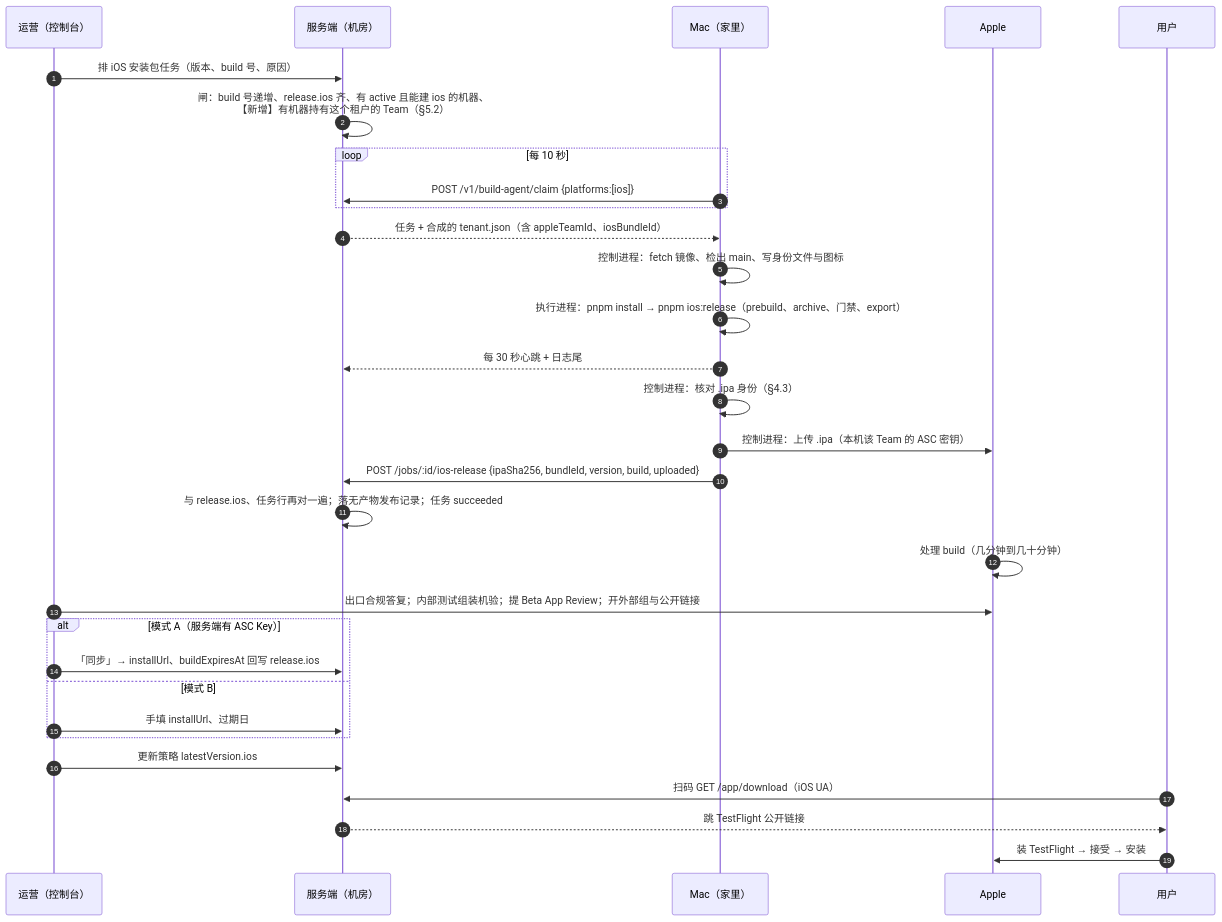
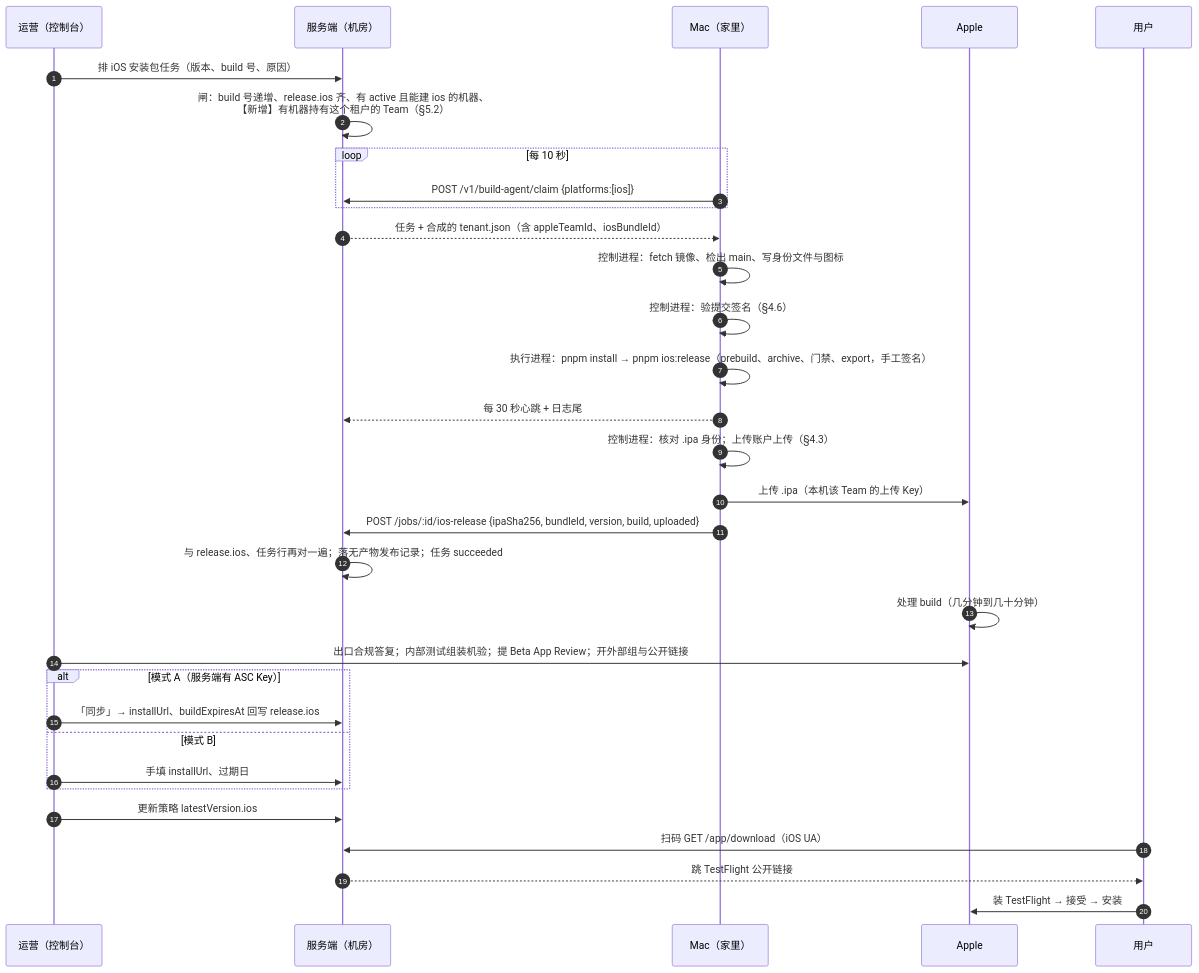
The second of 2 diagrams in docs/design/ios-mac-builders-home-network-2026-09-18.md (Helix2010/RN-Server), drawn with Mermaid before and after one commit. The commit also changed other lines of this file, not shown here.

Commit message:
docs(design): 按三路对抗评审修订——手工签名、上传账户、提交验签、launchd 与自升级重写、评审记录

````diff
--- a/docs/design/ios-mac-builders-home-network-2026-09-18.md
+++ b/docs/design/ios-mac-builders-home-network-2026-09-18.md
@@ -94,34 +95,35 @@
 ```mermaid
 sequenceDiagram
   autonumber
   participant OP as 运营（控制台）
   participant S as 服务端（机房）
   participant M as Mac（家里）
   participant AP as Apple
   participant U as 用户
 
   OP->>S: 排 iOS 安装包任务（版本、build 号、原因）
   S->>S: 闸：build 号递增、release.ios 齐、有 active 且能建 ios 的机器、<br/>【新增】有机器持有这个租户的 Team（§5.2）
   loop 每 10 秒
     M->>S: POST /v1/build-agent/claim {platforms:[ios]}
   end
   S-->>M: 任务 + 合成的 tenant.json（含 appleTeamId、iosBundleId）
   M->>M: 控制进程：fetch 镜像、检出 main、写身份文件与图标
-  M->>M: 执行进程：pnpm install → pnpm ios:release（prebuild、archive、门禁、export）
+  M->>M: 控制进程：验提交签名（§4.6）
+  M->>M: 执行进程：pnpm install → pnpm ios:release（prebuild、archive、门禁、export，手工签名）
   M-->>S: 每 30 秒心跳 + 日志尾
-  M->>M: 控制进程：核对 .ipa 身份（§4.3）
-  M->>AP: 控制进程：上传 .ipa（本机该 Team 的 ASC 密钥）
+  M->>M: 控制进程：核对 .ipa 身份；上传账户上传（§4.3）
+  M->>AP: 上传 .ipa（本机该 Team 的上传 Key）
   M->>S: POST /jobs/:id/ios-release {ipaSha256, bundleId, version, build, uploaded}
   S->>S: 与 release.ios、任务行再对一遍；落无产物发布记录；任务 succeeded
   AP->>AP: 处理 build（几分钟到几十分钟）
   OP->>AP: 出口合规答复；内部测试组装机验；提 Beta App Review；开外部组与公开链接
   alt 模式 A（服务端有 ASC Key）
     OP->>S: 「同步」→ installUrl、buildExpiresAt 回写 release.ios
   else 模式 B
     OP->>S: 手填 installUrl、过期日
   end
   OP->>S: 更新策略 latestVersion.ios
   U->>S: 扫码 GET /app/download（iOS UA）
   S-->>U: 跳 TestFlight 公开链接
   U->>AP: 装 TestFlight → 接受 → 安装
 ```
````
